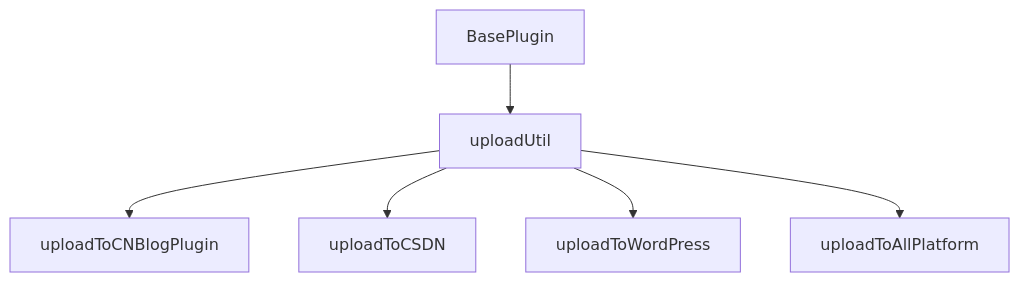
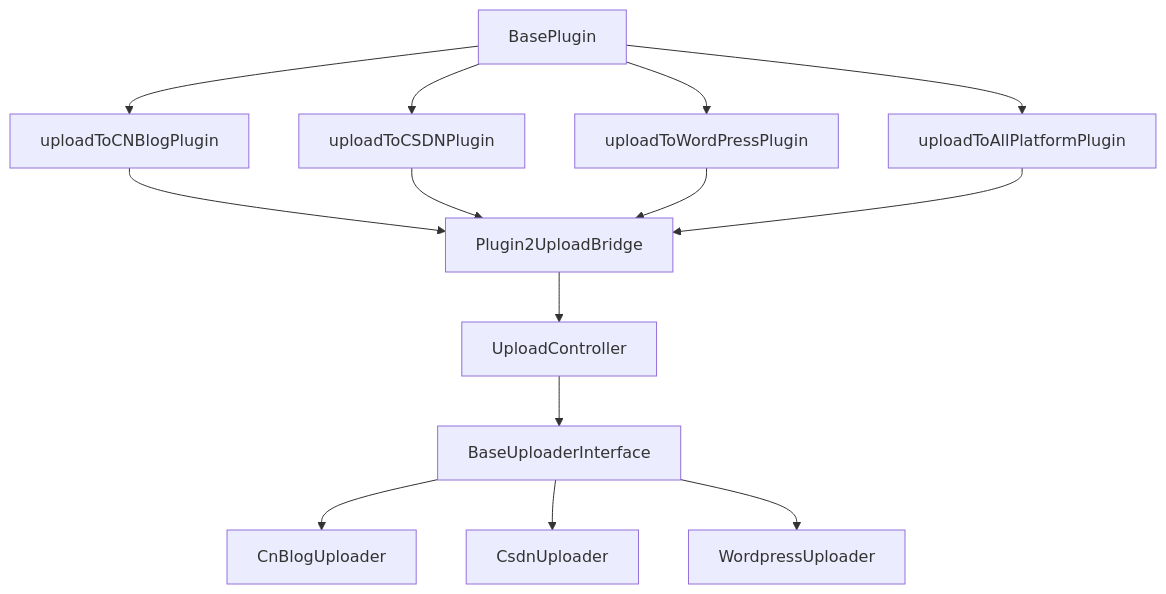
One commit to obgnail/typora_plugin changed the first of 2 diagrams in plugin/uploadArticle/请读我.md. Above: the diagram before and after it, drawn with Mermaid. The commit also changed other lines of this file and 16 other files, not shown here.

Commit message:
refactor: Implement layered architecture and lazy loading

````diff
--- a/plugin/uploadArticle/请读我.md
+++ b/plugin/uploadArticle/请读我.md
@@ -107,8 +99,18 @@
 ```mermaid
 graph TD
-    A[BasePlugin] --> B[uploadUtil]
+    B[BasePlugin]
     B --> C[uploadToCNBlogPlugin]
-    B --> D[uploadToCSDN]
-    B --> E[uploadToWordPress]
-    B --> F[uploadToAllPlatform]
+    B --> D[uploadToCSDNPlugin]
+    B --> E[uploadToWordPressPlugin]
+    B --> F[uploadToAllPlatformPlugin]
+    C --> G[Plugin2UploadBridge]
+    D --> G[Plugin2UploadBridge]
+    E --> G[Plugin2UploadBridge]
+    F --> G[Plugin2UploadBridge]
+    G --> H[UploadController]
+    H --> I[BaseUploaderInterface]
+    I --> J[CnBlogUploader]
+    I --> K[CsdnUploader]
+    I --> L[WordpressUploader]
+    
 ```
````
